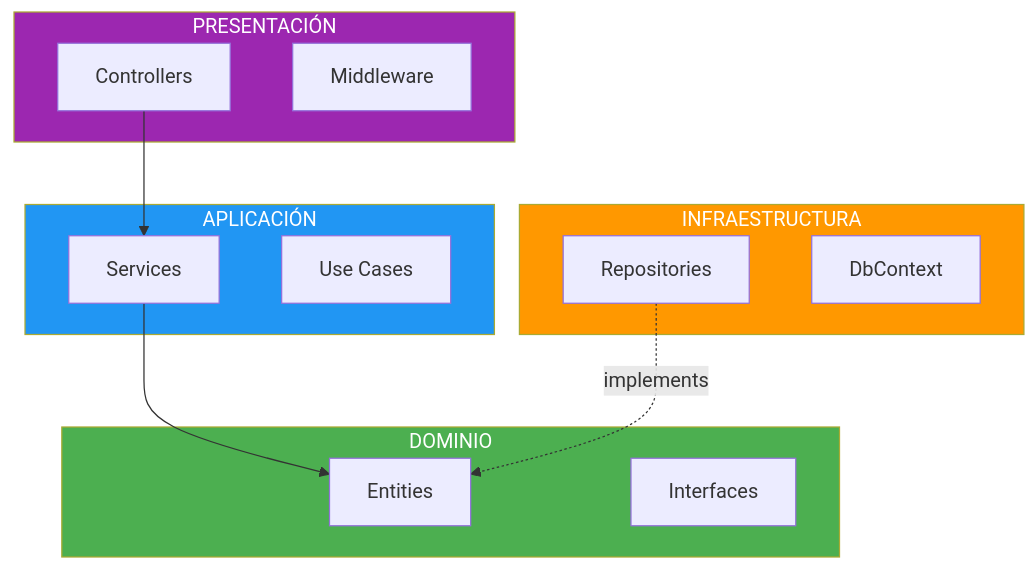
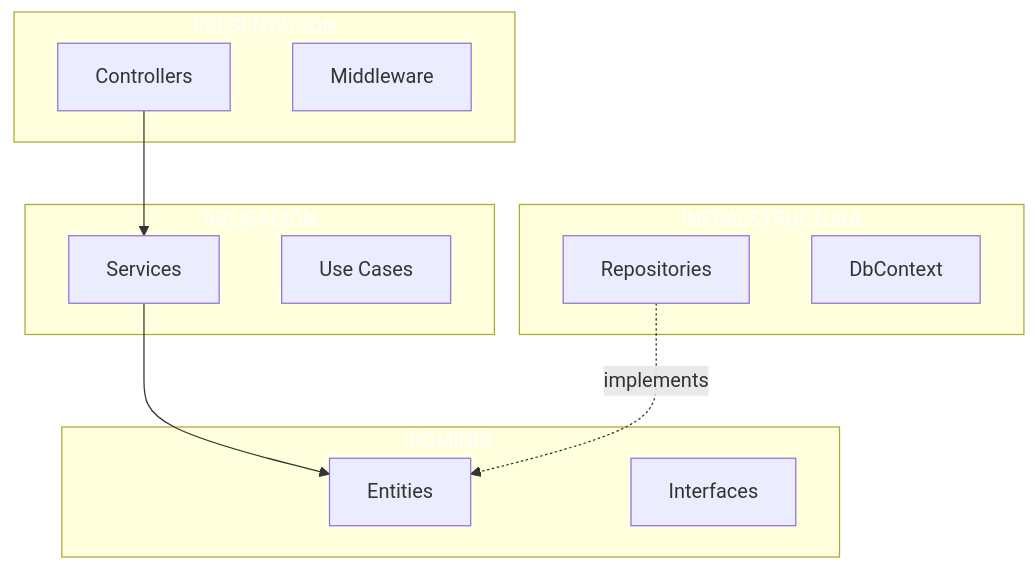
One commit to joseluisgs/DesarrolloWebEntornosServidor-02-2026-2027 changed the second of 6 diagrams in 11-clean-architecture.md. Above: the diagram before and after it, drawn with Mermaid. The commit also changed other lines of this file and 41 other files, not shown here.

````diff
--- a/11-clean-architecture.md
+++ b/11-clean-architecture.md
@@ -110,31 +110,31 @@
 ```mermaid
 flowchart TB
     subgraph PRESENTACIÓN
         P1["Controllers"]
         P2["Middleware"]
     end
 
     subgraph APLICACIÓN
         A1["Services"]
         A2["Use Cases"]
     end
 
     subgraph DOMINIO
         D1["Entities"]
         D2["Interfaces"]
     end
 
     subgraph INFRAESTRUCTURA
         I1["Repositories"]
         I2["DbContext"]
     end
 
     P1 --> A1
     A1 --> D1
     I1 -.implements.-> D1
 
-    style PRESENTACIÓN fill:#9C27B0,color:#fff
-    style APLICACIÓN fill:#2196F3,color:#fff
-    style DOMINIO fill:#4CAF50,color:#fff
-    style INFRAESTRUCTURA fill:#FF9800,color:#fff
+    style PRESENTACIÓN fill:#9C27B,color:#fff0,color:#fff
+    style APLICACIÓN fill:#2196F,color:#fff3,color:#fff
+    style DOMINIO fill:#4CAF5,color:#fff0,color:#fff
+    style INFRAESTRUCTURA fill:#FF980,color:#fff0,color:#fff
 ```
````
